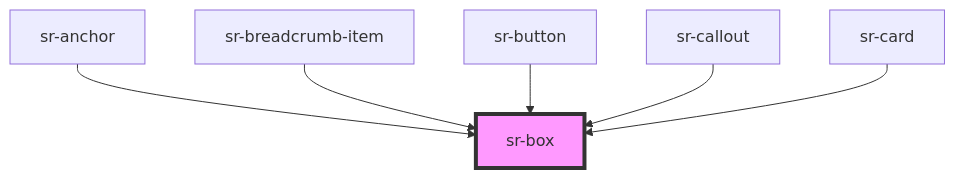
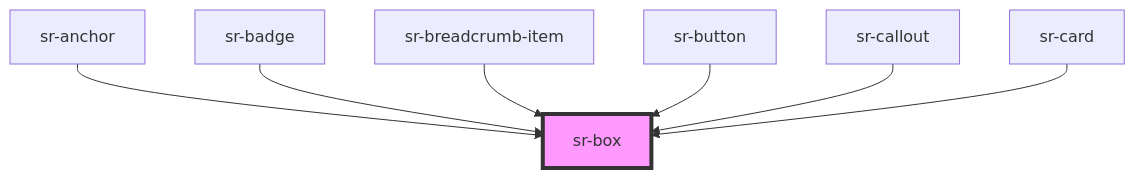
One commit to tonyblu331/spotify-replay-design-system changed the diagram in src/components/primitives/sr-box/readme.md. Above: the diagram before and after it, drawn with Mermaid. The commit also changed other lines of this file and 8 other files, not shown here.

````diff
--- a/src/components/primitives/sr-box/readme.md
+++ b/src/components/primitives/sr-box/readme.md
@@ -64,9 +65,10 @@
 ```mermaid
 graph TD;
   sr-anchor --> sr-box
+  sr-badge --> sr-box
   sr-breadcrumb-item --> sr-box
   sr-button --> sr-box
   sr-callout --> sr-box
   sr-card --> sr-box
   style sr-box fill:#f9f,stroke:#333,stroke-width:4px
 ```
````
